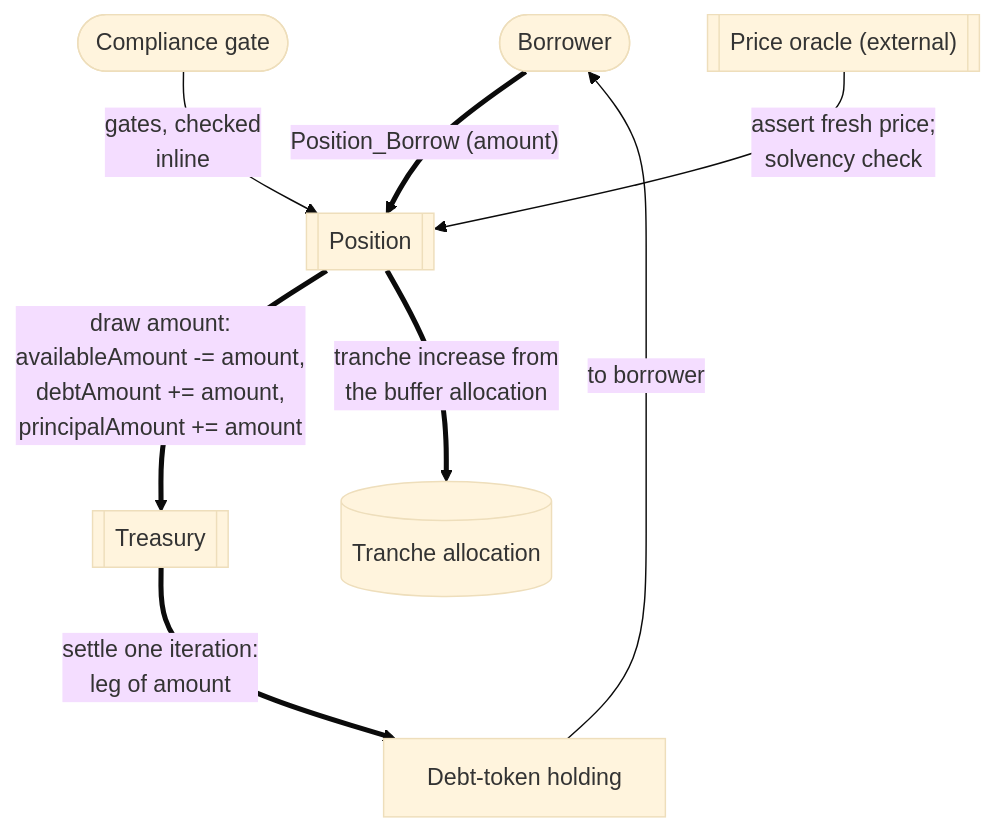
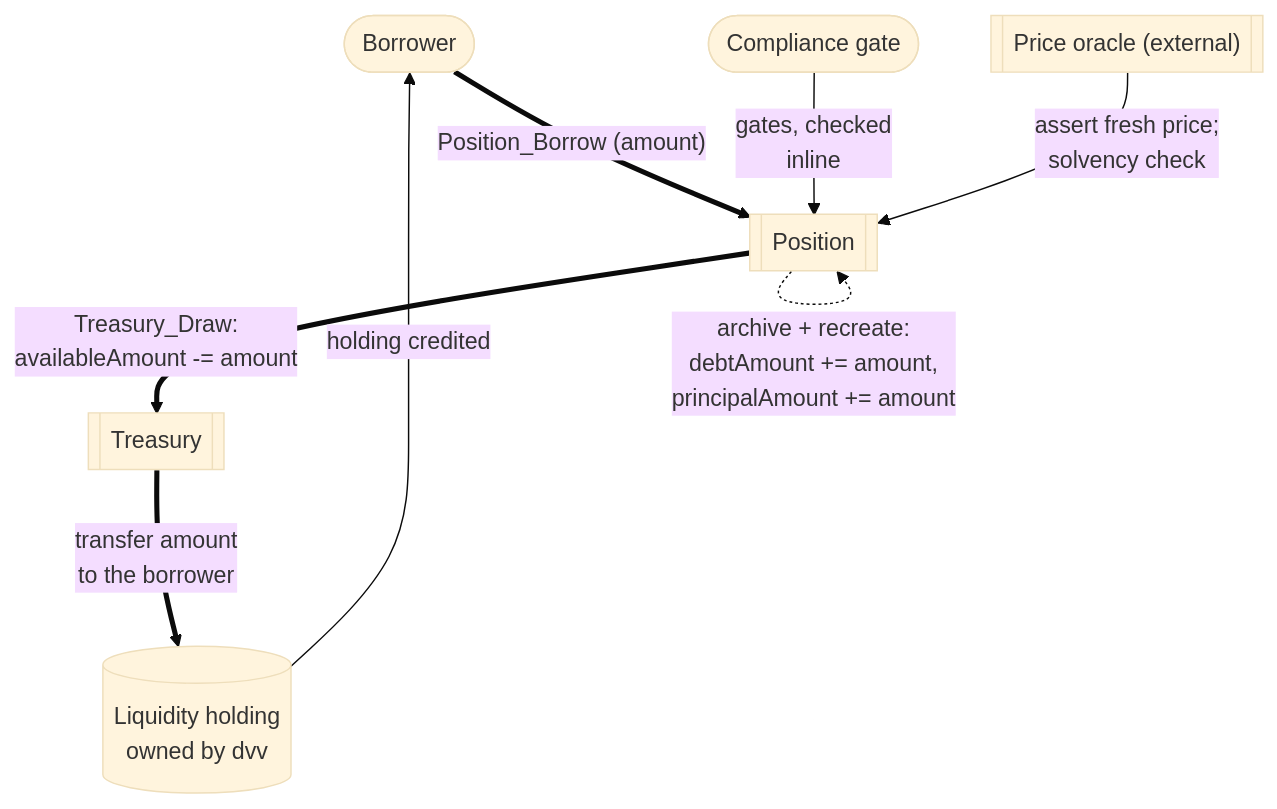
Before and after one commit to OpenZeppelin/canton-specs: the third of 7 diagrams in docs/reference-architectures/lending.md, drawn with Mermaid (base theme). The commit also changed other lines of this file, not shown here.

````diff
--- a/docs/reference-architectures/lending.md
+++ b/docs/reference-architectures/lending.md
@@ -291,18 +299,17 @@
 ```mermaid
 flowchart TD
     Borrower([Borrower])
     Compliance(["Compliance gate"])
     Oracle[["Price oracle (external)"]]
     Position[["Position"]]
     Treasury[["Treasury"]]
-    Coin["Debt-token holding"]
-    Tranche[("Tranche allocation")]
+    Liquidity[("Liquidity holding<br/>owned by dvv")]
 
     Borrower ==>|"Position_Borrow (amount)"| Position
     Compliance -->|"gates, checked<br/>inline"| Position
     Oracle -->|"assert fresh price;<br/>solvency check"| Position
-    Position ==>|"draw amount:<br/>availableAmount -= amount,<br/>debtAmount += amount,<br/>principalAmount += amount"| Treasury
-    Treasury ==>|"settle one iteration:<br/>leg of amount"| Coin
-    Coin -->|"to borrower"| Borrower
-    Position ==>|"tranche increase from<br/>the buffer allocation"| Tranche
+    Position ==>|"Treasury_Draw:<br/>availableAmount -= amount"| Treasury
+    Treasury ==>|"transfer amount<br/>to the borrower"| Liquidity
+    Liquidity -->|"holding credited"| Borrower
+    Position -.->|"archive + recreate:<br/>debtAmount += amount,<br/>principalAmount += amount"| Position
 ```
````
